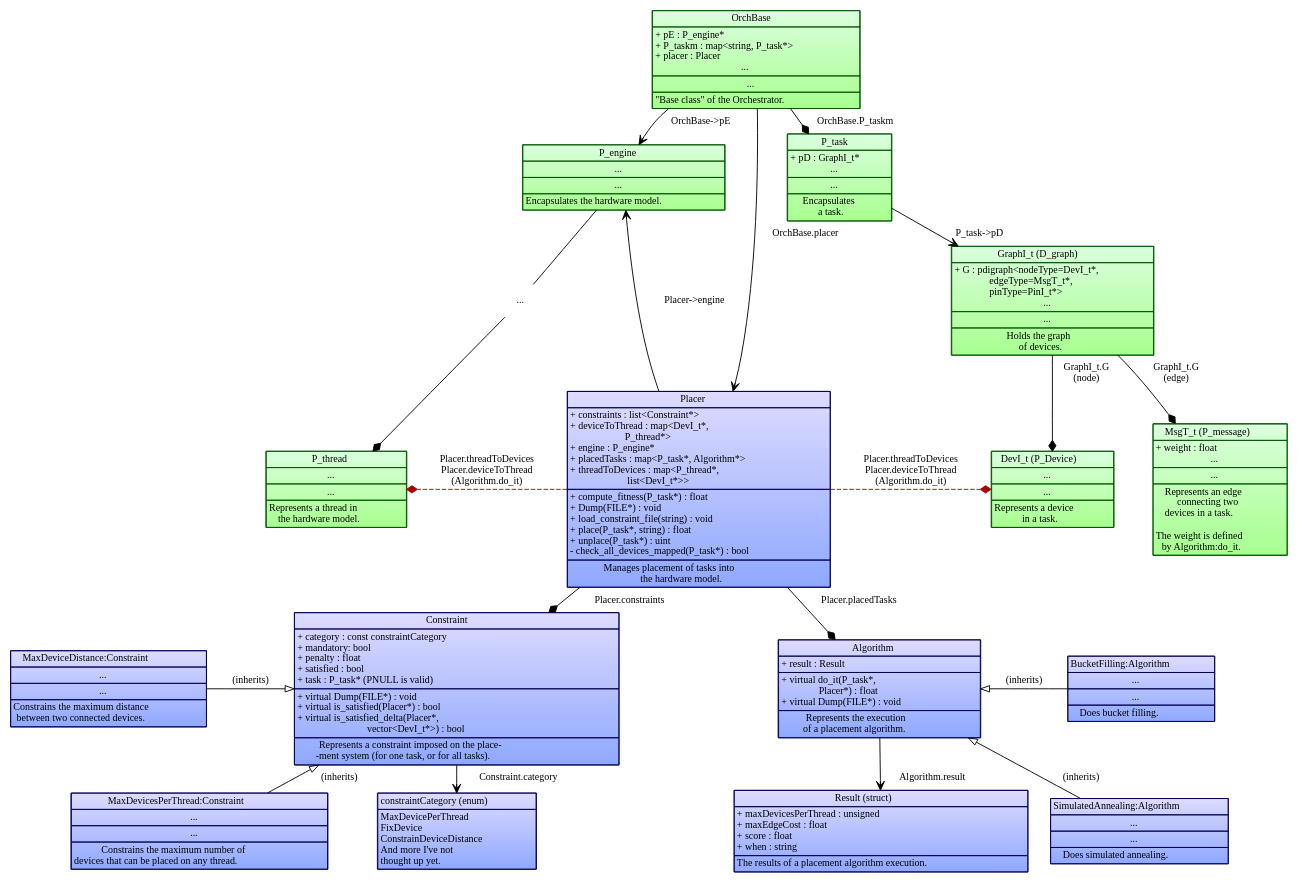
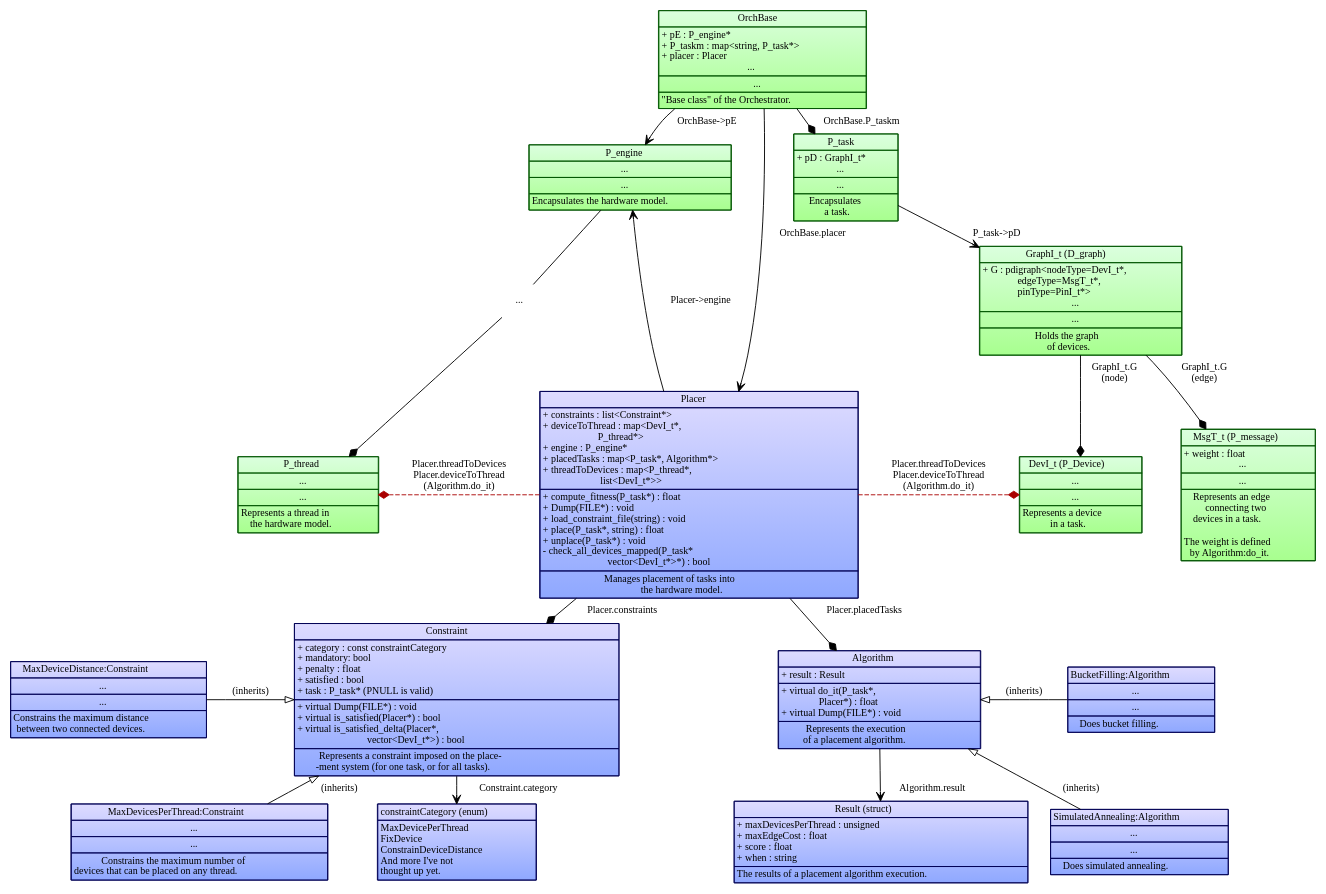
The diagram in images/source/placement_design_data_structure.dot (POETSII/orchestrator-documentation), drawn with Graphviz before and after one commit. The commit also changed 1 other file, not shown here.

```diff
--- a/images/source/placement_design_data_structure.dot
+++ b/images/source/placement_design_data_structure.dot
@@ -136,8 +136,9 @@
 + Dump(FILE*) : void<BR ALIGN="LEFT"/>
 + load_constraint_file(string) : void<BR ALIGN="LEFT"/>
 + place(P_task*, string) : float<BR ALIGN="LEFT"/>
-+ unplace(P_task*) : uint<BR ALIGN="LEFT"/>
-- check_all_devices_mapped(P_task*) : bool<BR ALIGN="LEFT"/>
++ unplace(P_task*) : void<BR ALIGN="LEFT"/>
+- check_all_devices_mapped(P_task*<BR ALIGN="LEFT"/>
+                           vector&lt;DevI_t*&gt;*) : bool<BR ALIGN="LEFT"/>
 </TD></TR>
 <TR><TD ALIGN="TEXT">
 Manages placement of tasks into<BR ALIGN="TEXT"/>
```
